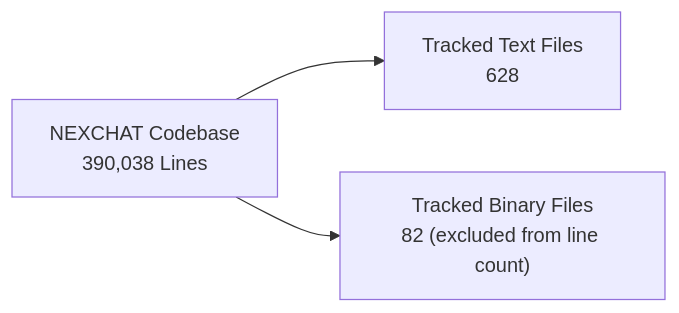
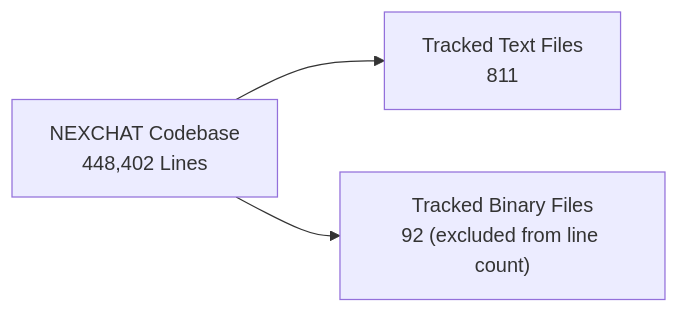
The second of 3 diagrams in count.md (alexhack235-code/NEXCHAT), drawn with Mermaid before and after one commit. The commit also changed other lines of this file and 2 other files, not shown here.

````diff
--- a/count.md
+++ b/count.md
@@ -78,5 +78,5 @@
 ```mermaid
 flowchart LR
-    ROOT["NEXCHAT Codebase<br/>390,038 Lines"] --> TEXT["Tracked Text Files<br/>628"]
-    ROOT --> BINARY["Tracked Binary Files<br/>82 (excluded from line count)"]
+    ROOT["NEXCHAT Codebase<br/>448,402 Lines"] --> TEXT["Tracked Text Files<br/>811"]
+    ROOT --> BINARY["Tracked Binary Files<br/>92 (excluded from line count)"]
 ```
````
